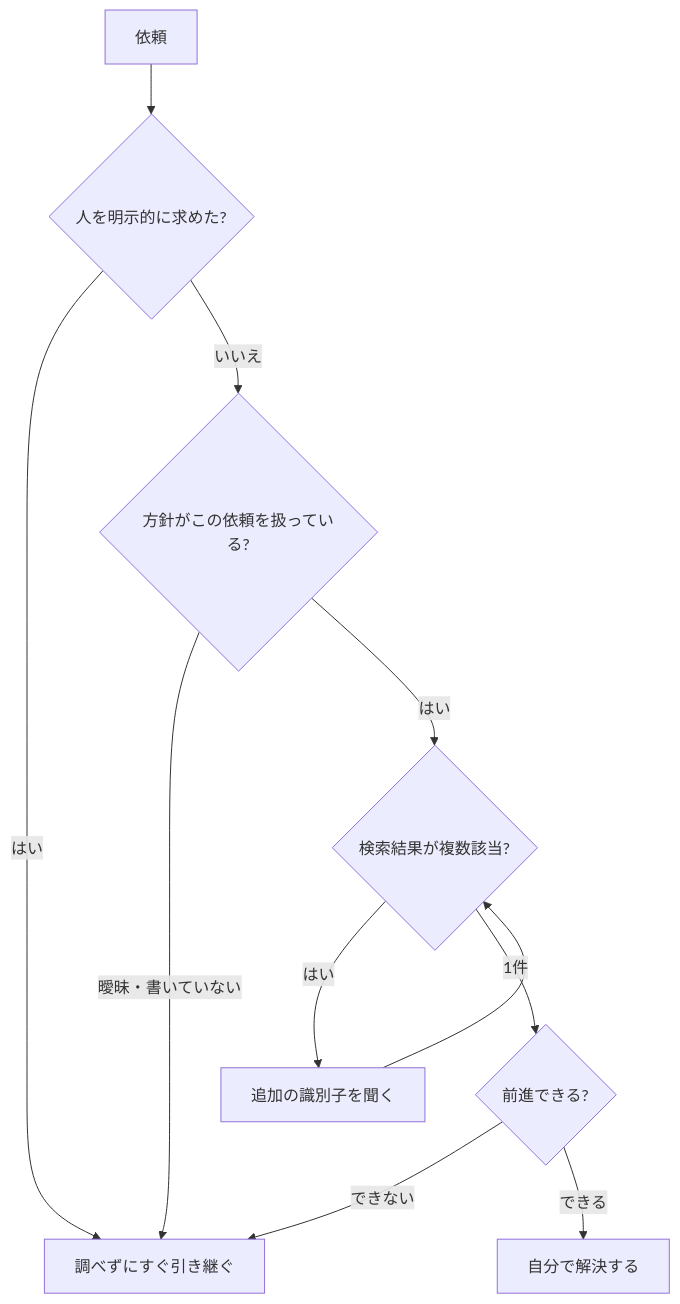
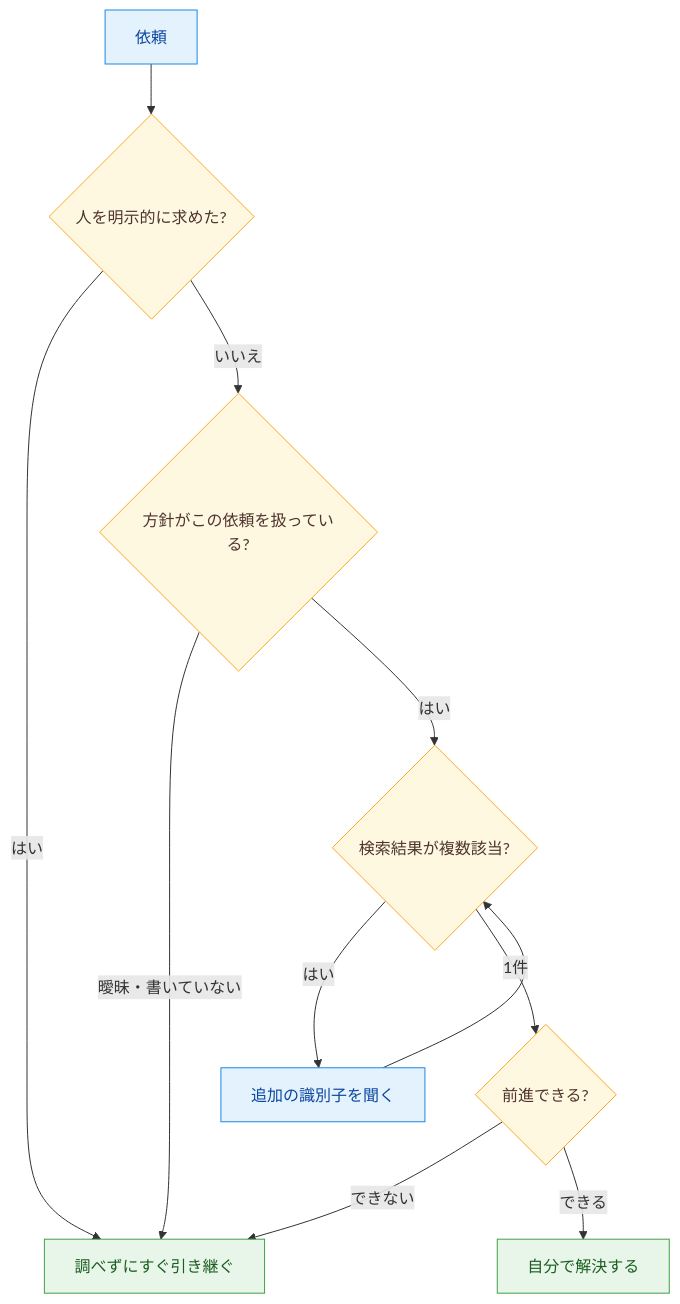
Before and after one commit to yuya-take/yuya-exam-notes: the diagram in ccaf/notes/05-context-reliability/escalation-ambiguity.md, drawn with Mermaid. The commit also changed other lines of this file and 50 other files, not shown here.

````diff
--- a/ccaf/notes/05-context-reliability/escalation-ambiguity.md
+++ b/ccaf/notes/05-context-reliability/escalation-ambiguity.md
@@ -12,13 +12,19 @@
 ```mermaid
 flowchart TD
   A[依頼] --> B{人を明示的に求めた?}
   B -->|はい| H[調べずにすぐ引き継ぐ]
   B -->|いいえ| C{方針がこの依頼を扱っている?}
   C -->|曖昧・書いていない| H
   C -->|はい| D{検索結果が複数該当?}
   D -->|はい| E[追加の識別子を聞く]
   E --> D
   D -->|1件| F{前進できる?}
   F -->|できない| H
   F -->|できる| G[自分で解決する]
+  classDef run fill:#e3f2fd,stroke:#1e88e5,color:#0d47a1
+  classDef judge fill:#fff8e1,stroke:#f9a825,color:#4e342e
+  classDef done fill:#e8f5e9,stroke:#43a047,color:#1b5e20
+  class A,E run
+  class B,C,D,F judge
+  class H,G done
 ```
````
